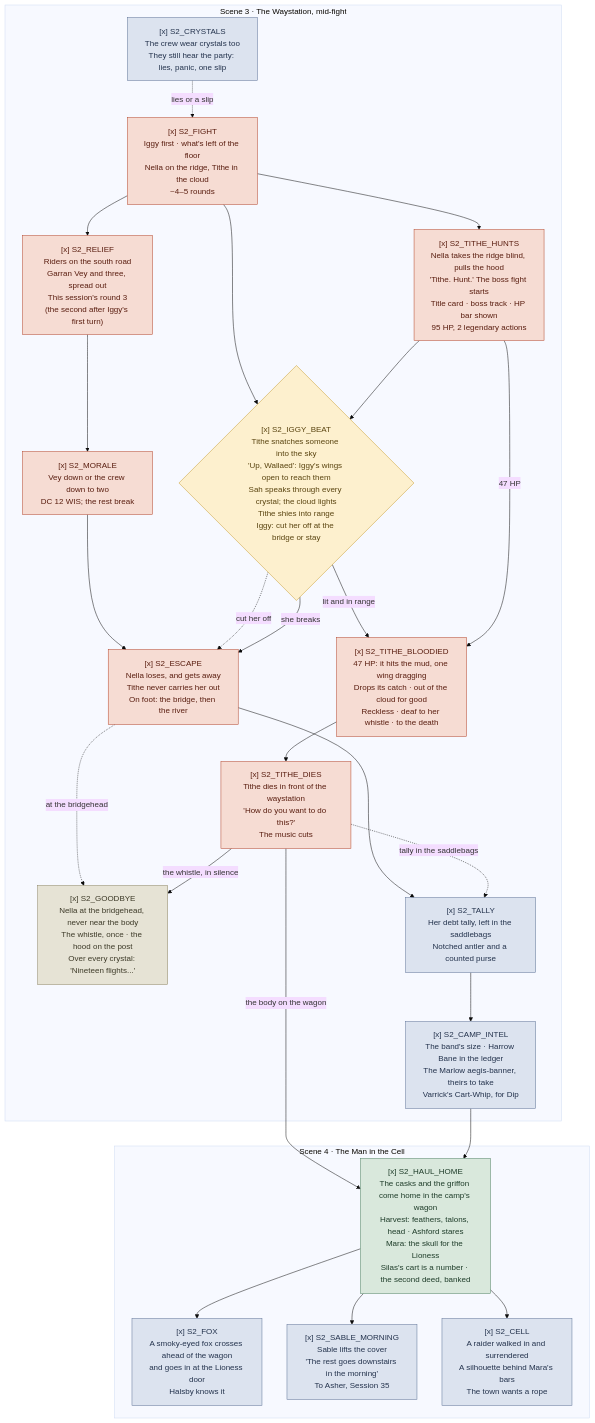
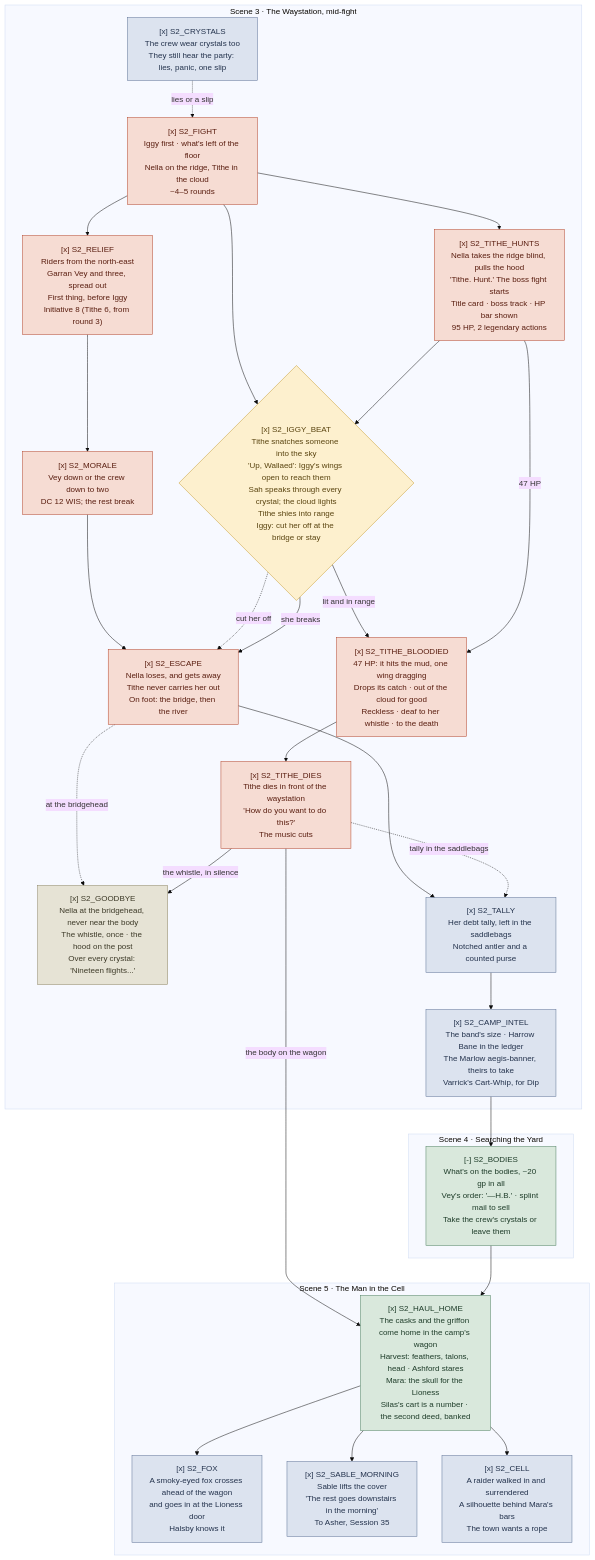
Before and after one commit to JGarnerDev/claude-dnd-engine: the diagram in scheduler/sessions/Session 34 The Red Trail/_flow.md, drawn with Mermaid (base theme). The commit also changed other lines of this file and 2 other files, not shown here.

Commit message:
content: Session 34, relief from the north-east before Iggy

````diff
--- a/scheduler/sessions/Session 34 The Red Trail/_flow.md
+++ b/scheduler/sessions/Session 34 The Red Trail/_flow.md
@@ -34,58 +34,63 @@
 ```mermaid
 flowchart TD
   subgraph SC3["Scene 3 · The Waystation, mid-fight"]
     S2_CRYSTALS["[x] S2_CRYSTALS<br/>The crew wear crystals too<br/>They still hear the party: lies, panic, one slip"]
     S2_FIGHT["[x] S2_FIGHT<br/>Iggy first · what's left of the floor<br/>Nella on the ridge, Tithe in the cloud<br/>~4–5 rounds"]
     S2_TITHE_HUNTS["[x] S2_TITHE_HUNTS<br/>Nella takes the ridge blind, pulls the hood<br/>'Tithe. Hunt.' The boss fight starts<br/>Title card · boss track · HP bar shown<br/>95 HP, 2 legendary actions"]
     S2_TITHE_BLOODIED["[x] S2_TITHE_BLOODIED<br/>47 HP: it hits the mud, one wing dragging<br/>Drops its catch · out of the cloud for good<br/>Reckless · deaf to her whistle · to the death"]
     S2_TITHE_DIES["[x] S2_TITHE_DIES<br/>Tithe dies in front of the waystation<br/>'How do you want to do this?'<br/>The music cuts"]
     S2_GOODBYE["[x] S2_GOODBYE<br/>Nella at the bridgehead, never near the body<br/>The whistle, once · the hood on the post<br/>Over every crystal: 'Nineteen flights...'"]
-    S2_RELIEF["[x] S2_RELIEF<br/>Riders on the south road<br/>Garran Vey and three, spread out<br/>This session's round 3<br/>(the second after Iggy's first turn)"]
+    S2_RELIEF["[x] S2_RELIEF<br/>Riders from the north-east<br/>Garran Vey and three, spread out<br/>First thing, before Iggy<br/>Initiative 8 (Tithe 6, from round 3)"]
     S2_IGGY_BEAT{"[x] S2_IGGY_BEAT<br/>Tithe snatches someone into the sky<br/>'Up, Wallaed': Iggy's wings open to reach them<br/>Sah speaks through every crystal; the cloud lights<br/>Tithe shies into range<br/>Iggy: cut her off at the bridge or stay"}
     S2_MORALE["[x] S2_MORALE<br/>Vey down or the crew down to two<br/>DC 12 WIS; the rest break"]
     S2_ESCAPE["[x] S2_ESCAPE<br/>Nella loses, and gets away<br/>Tithe never carries her out<br/>On foot: the bridge, then the river"]
     S2_TALLY["[x] S2_TALLY<br/>Her debt tally, left in the saddlebags<br/>Notched antler and a counted purse"]
     S2_CAMP_INTEL["[x] S2_CAMP_INTEL<br/>The band's size · Harrow Bane in the ledger<br/>The Marlow aegis-banner, theirs to take<br/>Varrick's Cart-Whip, for Dip"]
     S2_FIGHT --> S2_TITHE_HUNTS
     S2_FIGHT --> S2_RELIEF
     S2_CRYSTALS -.->|"lies or a slip"| S2_FIGHT
     S2_TITHE_HUNTS --> S2_IGGY_BEAT
     S2_TITHE_HUNTS -->|"47 HP"| S2_TITHE_BLOODIED
     S2_IGGY_BEAT -->|"lit and in range"| S2_TITHE_BLOODIED
     S2_TITHE_BLOODIED --> S2_TITHE_DIES
     S2_TITHE_DIES -->|"the whistle, in silence"| S2_GOODBYE
     S2_ESCAPE -.->|"at the bridgehead"| S2_GOODBYE
     S2_TITHE_DIES -.->|"tally in the saddlebags"| S2_TALLY
     S2_RELIEF --> S2_MORALE
     S2_FIGHT --> S2_IGGY_BEAT
     S2_IGGY_BEAT -->|"she breaks"| S2_ESCAPE
     S2_IGGY_BEAT -.->|"cut her off"| S2_ESCAPE
     S2_MORALE --> S2_ESCAPE --> S2_TALLY
     S2_TALLY --> S2_CAMP_INTEL
   end
 
-  subgraph SC4["Scene 4 · The Man in the Cell"]
+  subgraph SC4B["Scene 4 · Searching the Yard"]
+    S2_BODIES["[-] S2_BODIES<br/>What's on the bodies, ~20 gp in all<br/>Vey's order: '—H.B.' · splint mail to sell<br/>Take the crew's crystals or leave them"]
+  end
+
+  subgraph SC4["Scene 5 · The Man in the Cell"]
     S2_HAUL_HOME["[x] S2_HAUL_HOME<br/>The casks and the griffon come home in the camp's wagon<br/>Harvest: feathers, talons, head · Ashford stares<br/>Mara: the skull for the Lioness<br/>Silas's cart is a number · the second deed, banked"]
     S2_FOX["[x] S2_FOX<br/>A smoky-eyed fox crosses ahead of the wagon<br/>and goes in at the Lioness door<br/>Halsby knows it"]
     S2_SABLE_MORNING["[x] S2_SABLE_MORNING<br/>Sable lifts the cover<br/>'The rest goes downstairs in the morning'<br/>To Asher, Session 35"]
     S2_CELL["[x] S2_CELL<br/>A raider walked in and surrendered<br/>A silhouette behind Mara's bars<br/>The town wants a rope"]
     S2_HAUL_HOME --> S2_FOX
     S2_HAUL_HOME --> S2_SABLE_MORNING
     S2_HAUL_HOME --> S2_CELL
   end
 
-  S2_CAMP_INTEL --> S2_HAUL_HOME
+  S2_CAMP_INTEL --> S2_BODIES
+  S2_BODIES --> S2_HAUL_HOME
   S2_TITHE_DIES -->|"the body on the wagon"| S2_HAUL_HOME
 
   classDef combat fill:#F6DCD3,stroke:#B4452A,color:#5A1E10
   classDef social fill:#E6E3D5,stroke:#8C8463,color:#3D3A28
   classDef decision fill:#FDF0CE,stroke:#C79A2B,color:#5A4410
   classDef stake fill:#D9E8DC,stroke:#4F8060,color:#1F3D2A
   classDef seed fill:#DCE3EF,stroke:#5E7296,color:#24334D
 
   class S2_FIGHT,S2_TITHE_HUNTS,S2_TITHE_BLOODIED,S2_TITHE_DIES,S2_RELIEF,S2_MORALE,S2_ESCAPE combat
   class S2_IGGY_BEAT decision
-  class S2_HAUL_HOME stake
+  class S2_HAUL_HOME,S2_BODIES stake
   class S2_GOODBYE social
   class S2_CRYSTALS,S2_TALLY,S2_CAMP_INTEL,S2_CELL,S2_FOX,S2_SABLE_MORNING seed
 ```
````
